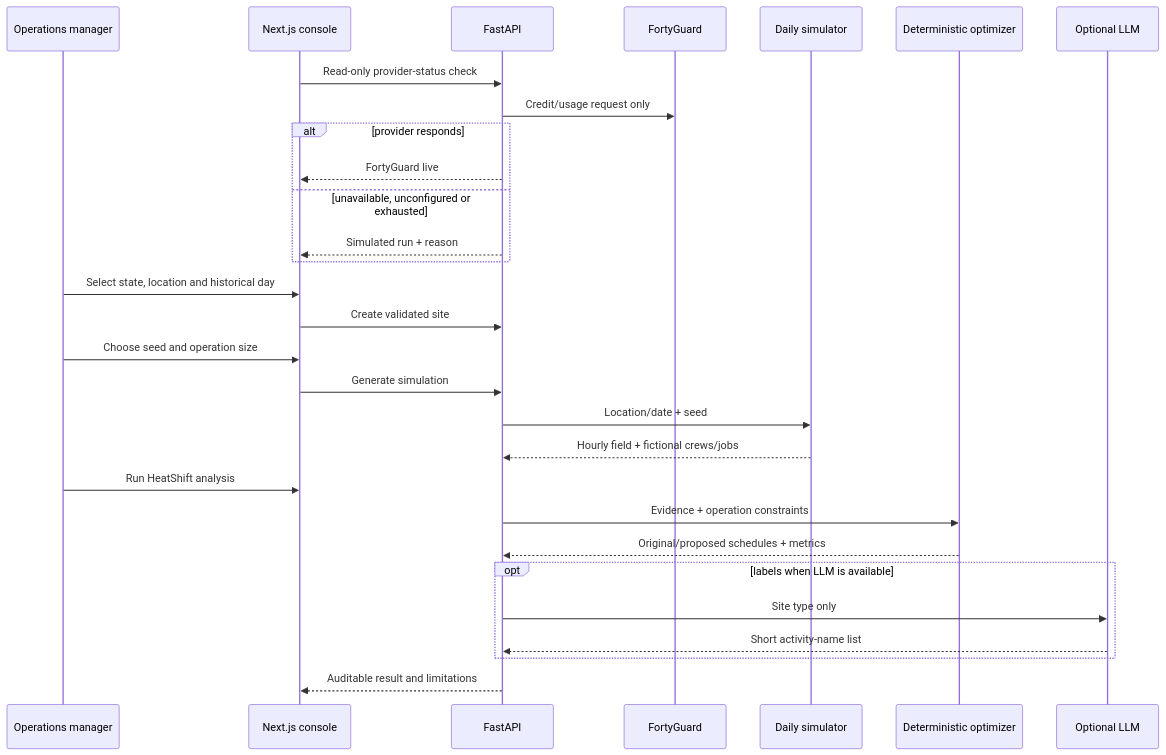
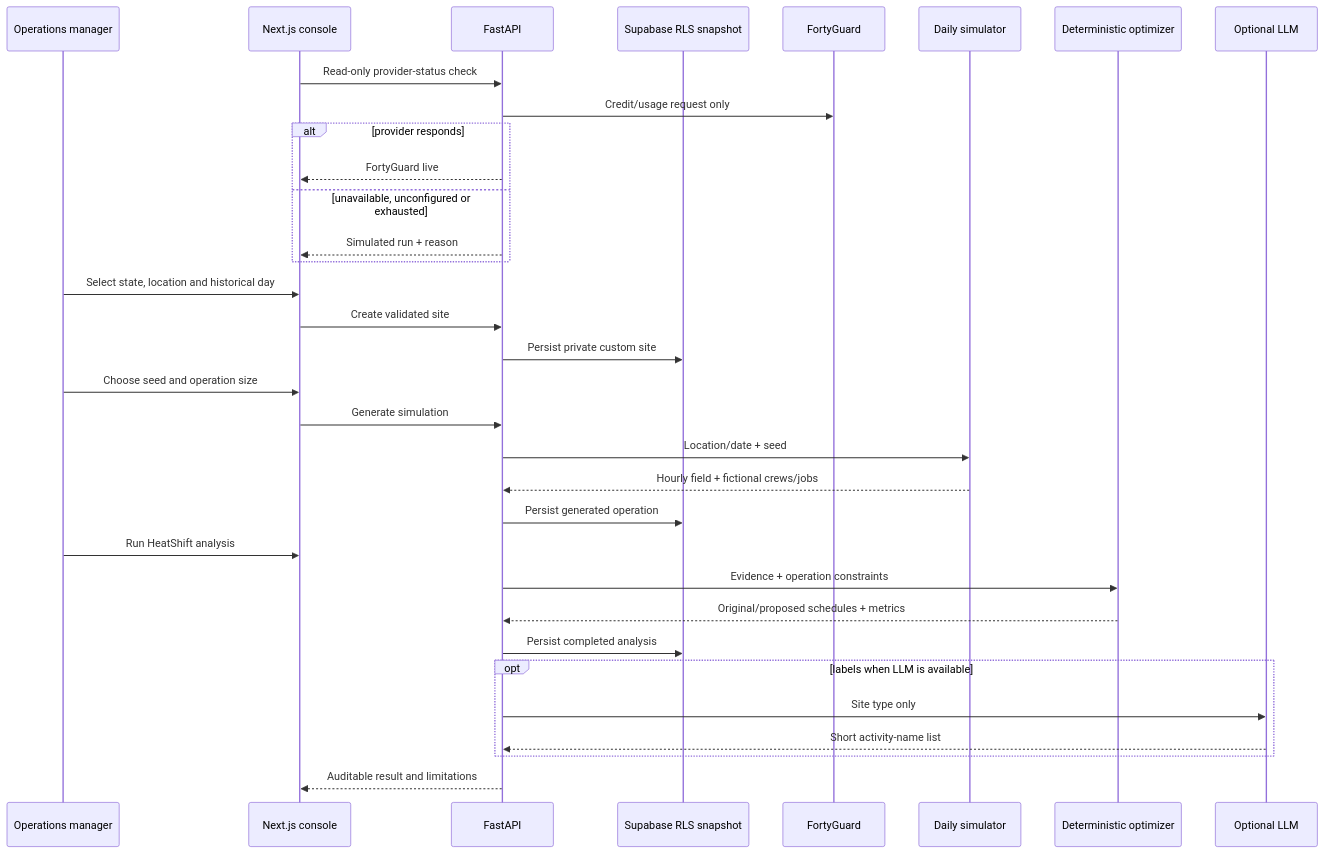
One commit to SilentKnight742/heatshift-ai changed the diagram in docs/architecture.md. Above: the diagram before and after it, drawn with Mermaid. The commit also changed other lines of this file and 8 other files, not shown here.

````diff
--- a/docs/architecture.md
+++ b/docs/architecture.md
@@ -5,32 +5,36 @@
 ```mermaid
 sequenceDiagram
     participant M as Operations manager
     participant UI as Next.js console
     participant API as FastAPI
+    participant DB as Supabase RLS snapshot
     participant FG as FortyGuard
     participant S as Daily simulator
     participant O as Deterministic optimizer
     participant L as Optional LLM
 
     UI->>API: Read-only provider-status check
     API->>FG: Credit/usage request only
     alt provider responds
         API-->>UI: FortyGuard live
     else unavailable, unconfigured or exhausted
         API-->>UI: Simulated run + reason
     end
     M->>UI: Select state, location and historical day
     UI->>API: Create validated site
+    API->>DB: Persist private custom site
     M->>UI: Choose seed and operation size
     UI->>API: Generate simulation
     API->>S: Location/date + seed
     S-->>API: Hourly field + fictional crews/jobs
+    API->>DB: Persist generated operation
     M->>UI: Run HeatShift analysis
     API->>O: Evidence + operation constraints
     O-->>API: Original/proposed schedules + metrics
+    API->>DB: Persist completed analysis
     opt labels when LLM is available
         API->>L: Site type only
         L-->>API: Short activity-name list
     end
     API-->>UI: Auditable result and limitations
 ```
````
